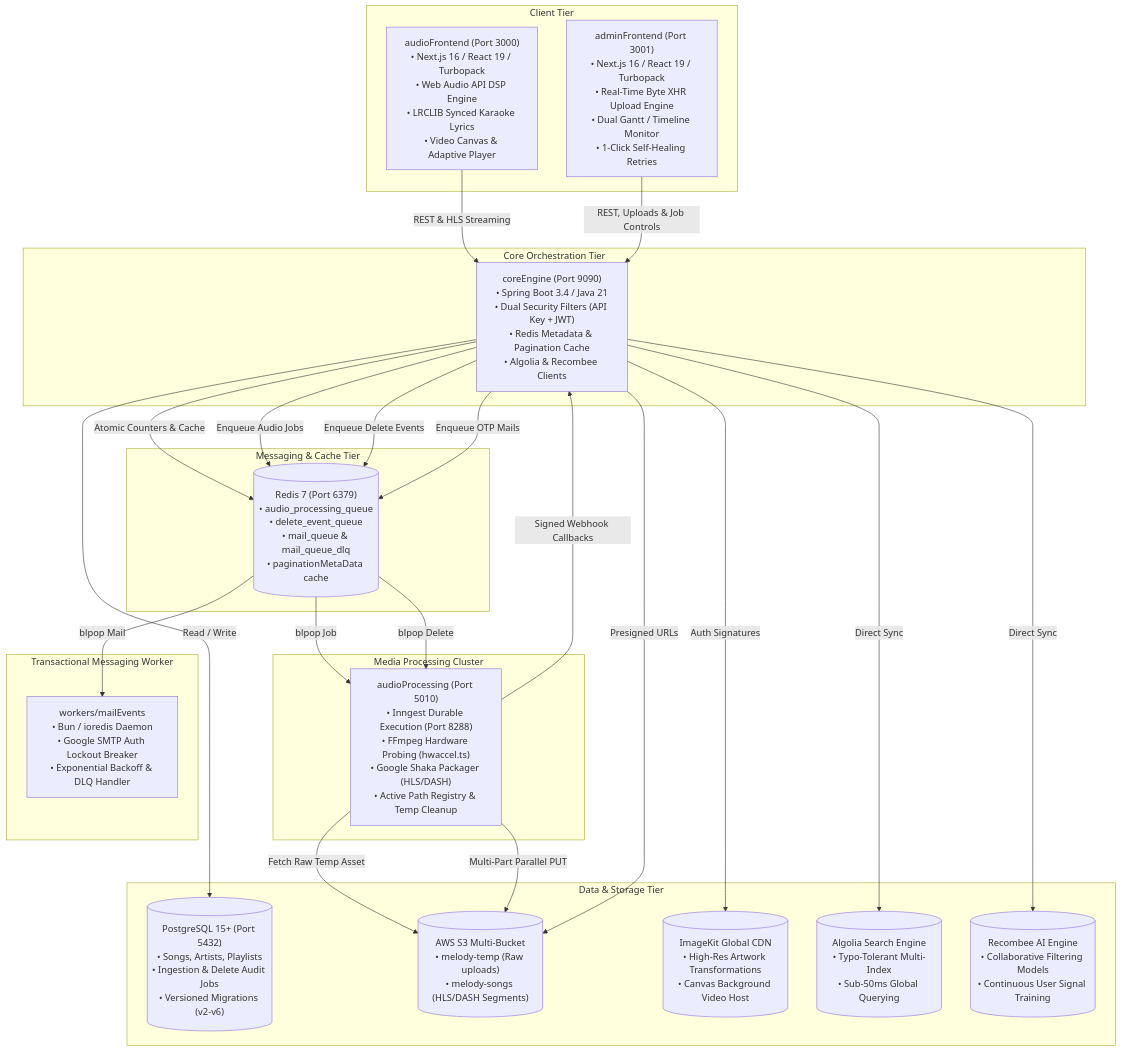
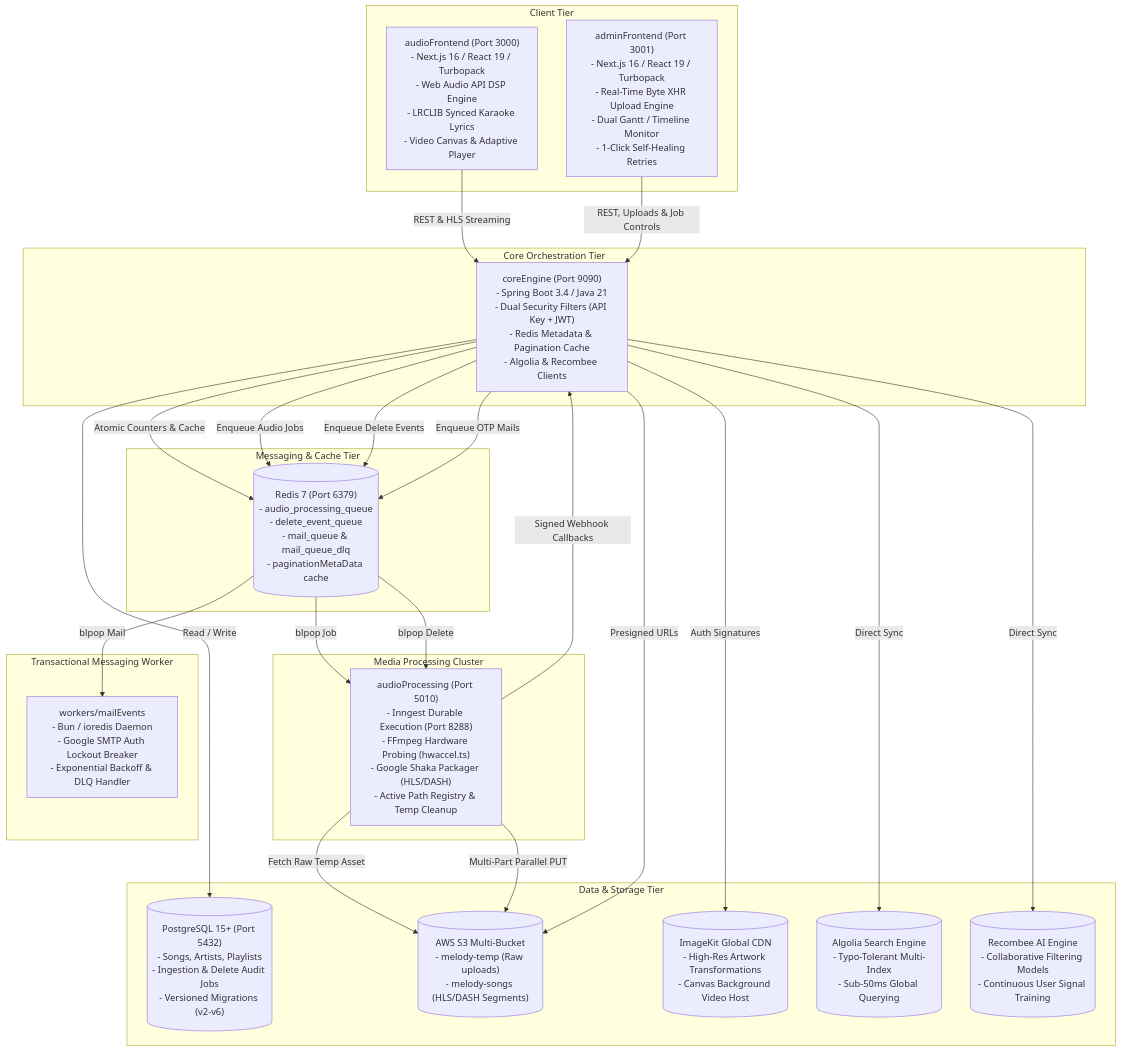
One commit to karankumar786786/AudioMelodySpringboot changed the seventh of 15 diagrams in README.md. Above: the diagram before and after it, drawn with Mermaid. The commit also changed other lines of this file, not shown here.

Commit message:
docs: resolve CYLINDEREND delimiter mismatch, upgrade to flowchart, and remove non-ASCII tokens in Mermaid diagrams

````diff
--- a/README.md
+++ b/README.md
@@ -531,49 +531,49 @@
 ```mermaid
-graph TB
+flowchart TB
     subgraph CT ["Client Tier"]
-        AF["audioFrontend (Port 3000)<br/>• Next.js 16 / React 19 / Turbopack<br/>• Web Audio API DSP Engine<br/>• LRCLIB Synced Karaoke Lyrics<br/>• Video Canvas & Adaptive Player"]
-        ADF["adminFrontend (Port 3001)<br/>• Next.js 16 / React 19 / Turbopack<br/>• Real-Time Byte XHR Upload Engine<br/>• Dual Gantt / Timeline Monitor<br/>• 1-Click Self-Healing Retries"]
+        AF["audioFrontend (Port 3000)<br/>- Next.js 16 / React 19 / Turbopack<br/>- Web Audio API DSP Engine<br/>- LRCLIB Synced Karaoke Lyrics<br/>- Video Canvas & Adaptive Player"]
+        ADF["adminFrontend (Port 3001)<br/>- Next.js 16 / React 19 / Turbopack<br/>- Real-Time Byte XHR Upload Engine<br/>- Dual Gantt / Timeline Monitor<br/>- 1-Click Self-Healing Retries"]
     end
 
     subgraph COT ["Core Orchestration Tier"]
-        CE["coreEngine (Port 9090)<br/>• Spring Boot 3.4 / Java 21<br/>• Dual Security Filters (API Key + JWT)<br/>• Redis Metadata & Pagination Cache<br/>• Algolia & Recombee Clients"]
+        CE["coreEngine (Port 9090)<br/>- Spring Boot 3.4 / Java 21<br/>- Dual Security Filters (API Key + JWT)<br/>- Redis Metadata & Pagination Cache<br/>- Algolia & Recombee Clients"]
     end
 
     subgraph MCT ["Messaging & Cache Tier"]
-        RD[("Redis 7 (Port 6379)<br/>• audio_processing_queue<br/>• delete_event_queue<br/>• mail_queue & mail_queue_dlq<br/>• paginationMetaData cache")]
+        RD[("Redis 7 (Port 6379)<br/>- audio_processing_queue<br/>- delete_event_queue<br/>- mail_queue & mail_queue_dlq<br/>- paginationMetaData cache")]
     end
 
     subgraph MPC ["Media Processing Cluster"]
-        AP["audioProcessing (Port 5010)<br/>• Inngest Durable Execution (Port 8288)<br/>• FFmpeg Hardware Probing (hwaccel.ts)<br/>• Google Shaka Packager (HLS/DASH)<br/>• Active Path Registry & Temp Cleanup"]
+        AP["audioProcessing (Port 5010)<br/>- Inngest Durable Execution (Port 8288)<br/>- FFmpeg Hardware Probing (hwaccel.ts)<br/>- Google Shaka Packager (HLS/DASH)<br/>- Active Path Registry & Temp Cleanup"]
     end
 
     subgraph TMW ["Transactional Messaging Worker"]
-        MW["workers/mailEvents<br/>• Bun / ioredis Daemon<br/>• Google SMTP Auth Lockout Breaker<br/>• Exponential Backoff & DLQ Handler"]
+        MW["workers/mailEvents<br/>- Bun / ioredis Daemon<br/>- Google SMTP Auth Lockout Breaker<br/>- Exponential Backoff & DLQ Handler"]
     end
 
     subgraph DST ["Data & Storage Tier"]
-        PG[("PostgreSQL 15+ (Port 5432)<br/>• Songs, Artists, Playlists<br/>• Ingestion & Delete Audit Jobs<br/>• Versioned Migrations (v2-v6)")]
-        S3[("AWS S3 Multi-Bucket<br/>• melody-temp (Raw uploads)<br/>• melody-songs (HLS/DASH Segments)")]
-        IK[("ImageKit Global CDN<br/>• High-Res Artwork Transformations<br/>• Canvas Background Video Host")]
-        AL[("Algolia Search Engine<br/>• Typo-Tolerant Multi-Index<br/>• Sub-50ms Global Querying")]
-        RC[("Recombee AI Engine<br/>• Collaborative Filtering Models<br/>• Continuous User Signal Training")]
+        PG[("PostgreSQL 15+ (Port 5432)<br/>- Songs, Artists, Playlists<br/>- Ingestion & Delete Audit Jobs<br/>- Versioned Migrations (v2-v6)")]
+        S3[("AWS S3 Multi-Bucket<br/>- melody-temp (Raw uploads)<br/>- melody-songs (HLS/DASH Segments)")]
+        IK[("ImageKit Global CDN<br/>- High-Res Artwork Transformations<br/>- Canvas Background Video Host")]
+        AL[("Algolia Search Engine<br/>- Typo-Tolerant Multi-Index<br/>- Sub-50ms Global Querying")]
+        RC[("Recombee AI Engine<br/>- Collaborative Filtering Models<br/>- Continuous User Signal Training")]
     end
 
     AF -->|"REST & HLS Streaming"| CE
     ADF -->|"REST, Uploads & Job Controls"| CE
     CE -->|"Read / Write"| PG
     CE -->|"Atomic Counters & Cache"| RD
     CE -->|"Enqueue Audio Jobs"| RD
     CE -->|"Enqueue Delete Events"| RD
     CE -->|"Enqueue OTP Mails"| RD
     RD -->|"blpop Job"| AP
     RD -->|"blpop Delete"| AP
     RD -->|"blpop Mail"| MW
     AP -->|"Fetch Raw Temp Asset"| S3
     AP -->|"Multi-Part Parallel PUT"| S3
     AP -->|"Signed Webhook Callbacks"| CE
     CE -->|"Direct Sync"| AL
     CE -->|"Direct Sync"| RC
     CE -->|"Presigned URLs"| S3
     CE -->|"Auth Signatures"| IK
 ```
````
